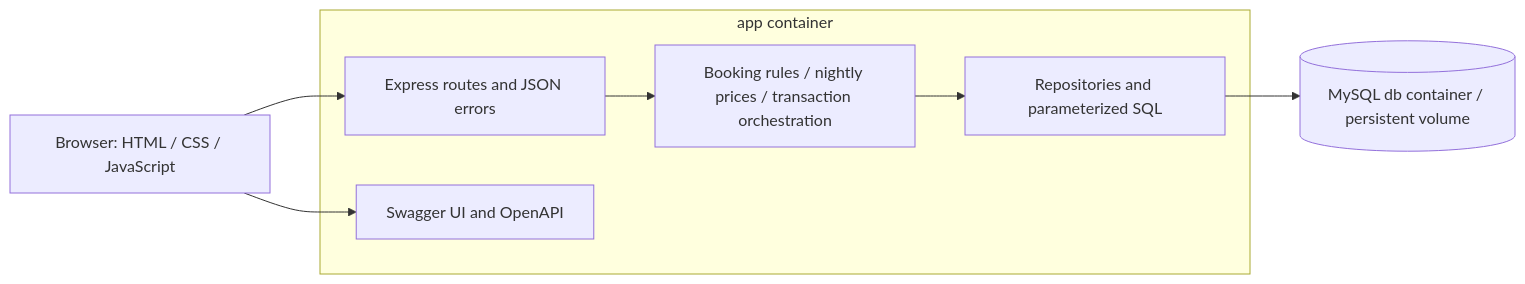
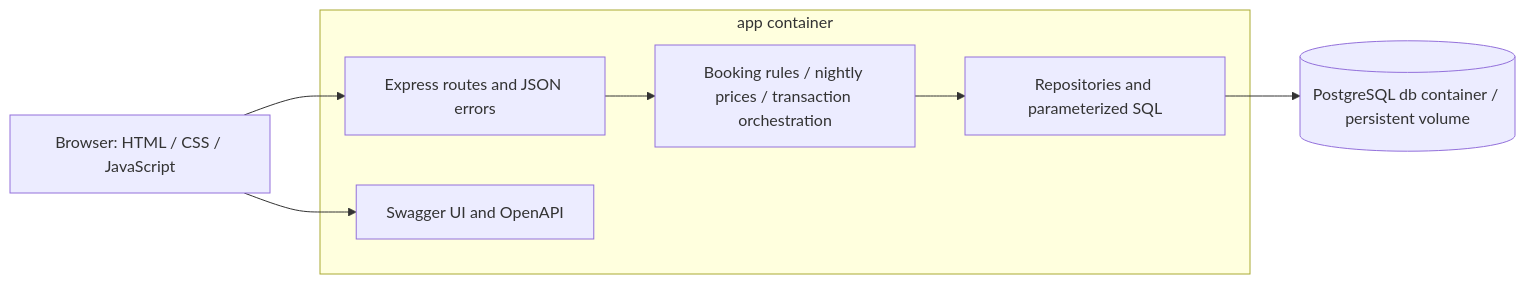
Before and after one commit to nijo0006/UligeNr_MiniProjekt: the diagram in README.md, drawn with Mermaid. The commit also changed other lines of this file and 20 other files, not shown here.

Commit message:
Migreret til PostgreSQL

````diff
--- a/README.md
+++ b/README.md
@@ -62,11 +79,11 @@
 ```mermaid
 flowchart LR
   Browser[Browser: HTML / CSS / JavaScript] --> Presentation
   subgraph app[app container]
     Presentation[Express routes and JSON errors] --> Services[Booking rules / nightly prices / transaction orchestration]
     Services --> Data[Repositories and parameterized SQL]
     Swagger[Swagger UI and OpenAPI]
   end
-  Data --> DB[(MySQL db container / persistent volume)]
+  Data --> DB[(PostgreSQL db container / persistent volume)]
   Browser --> Swagger
 ```
````
